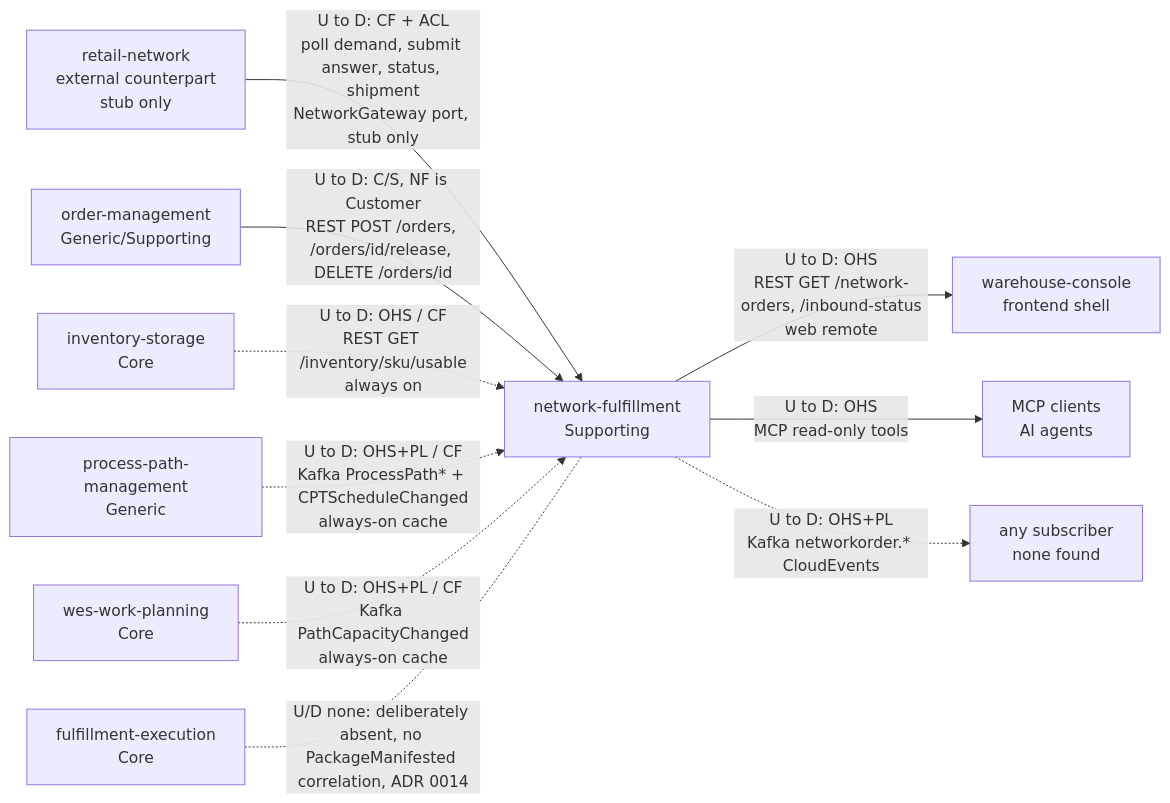
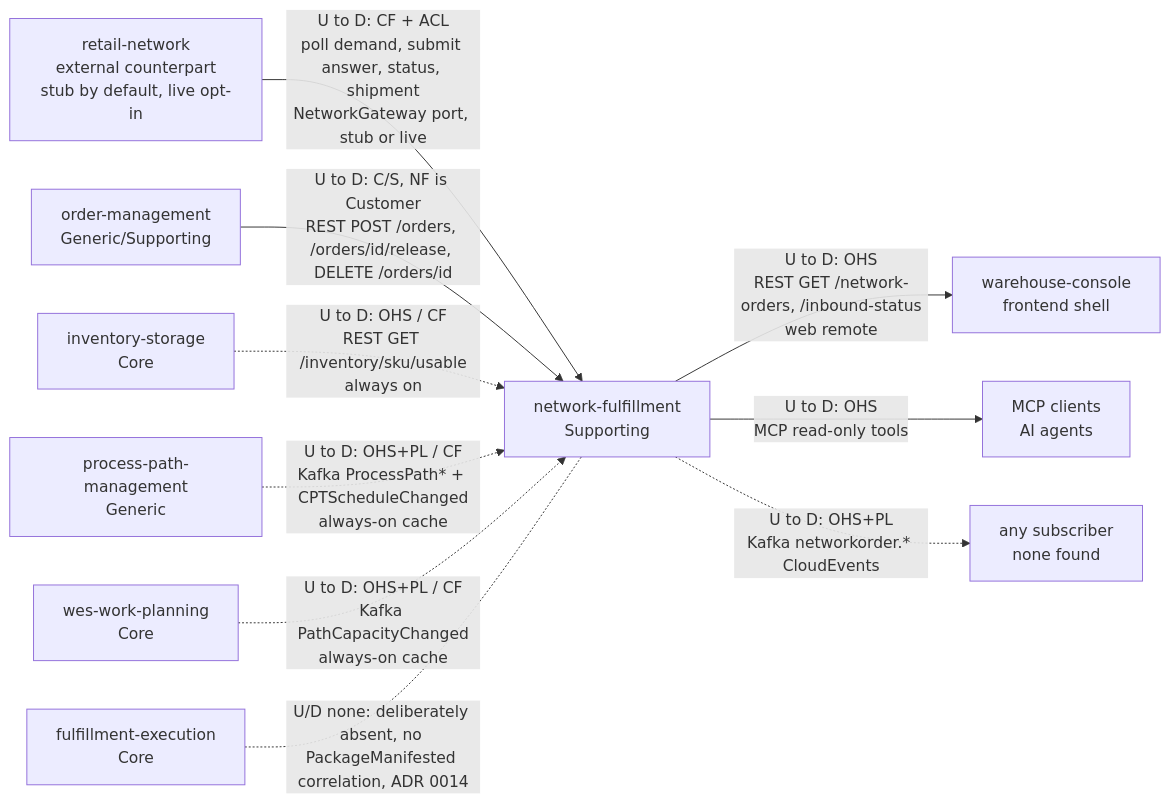
Before and after one commit to IQVO/network-fulfillment: the diagram in docs/ddd/context-map.md, drawn with Mermaid. The commit also changed other lines of this file and 10 other files, not shown here.

First line of the commit message:
docs: live adapter in the README, runbook, configuration and architecture pages

````diff
--- a/docs/ddd/context-map.md
+++ b/docs/ddd/context-map.md
@@ -8,23 +8,23 @@
 ```mermaid
 flowchart LR
-    RN["retail-network<br/>external counterpart<br/>stub only"]
+    RN["retail-network<br/>external counterpart<br/>stub by default, live opt-in"]
     NF["network-fulfillment<br/>Supporting"]
     OM["order-management<br/>Generic/Supporting"]
     INV["inventory-storage<br/>Core"]
     PPM["process-path-management<br/>Generic"]
     WWP["wes-work-planning<br/>Core"]
     FE["fulfillment-execution<br/>Core"]
     CON["warehouse-console<br/>frontend shell"]
     AGT["MCP clients<br/>AI agents"]
     SUB["any subscriber<br/>none found"]
 
-    RN -->|"U to D: CF + ACL<br/>poll demand, submit answer, status, shipment<br/>NetworkGateway port, stub only"| NF
+    RN -->|"U to D: CF + ACL<br/>poll demand, submit answer, status, shipment<br/>NetworkGateway port, stub or live"| NF
     OM -->|"U to D: C/S, NF is Customer<br/>REST POST /orders, /orders/id/release, DELETE /orders/id"| NF
     INV -.->|"U to D: OHS / CF<br/>REST GET /inventory/sku/usable<br/>always on"| NF
     PPM -.->|"U to D: OHS+PL / CF<br/>Kafka ProcessPath* + CPTScheduleChanged<br/>always-on cache"| NF
     WWP -.->|"U to D: OHS+PL / CF<br/>Kafka PathCapacityChanged<br/>always-on cache"| NF
     NF -->|"U to D: OHS<br/>REST GET /network-orders, /inbound-status<br/>web remote"| CON
     NF -->|"U to D: OHS<br/>MCP read-only tools"| AGT
     NF -.->|"U to D: OHS+PL<br/>Kafka networkorder.* CloudEvents"| SUB
     FE -. "U/D none: deliberately absent, no PackageManifested correlation, ADR 0014" .- NF
 ```
````
